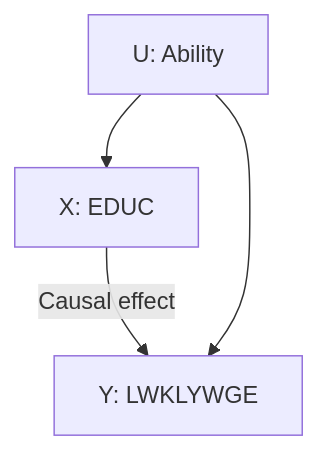
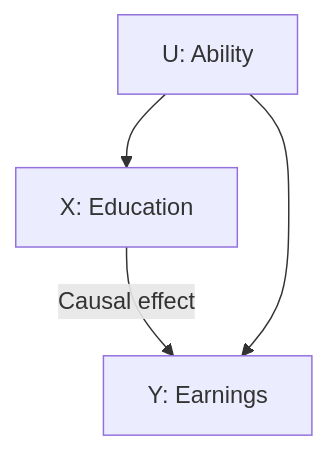
One commit to subhamk/talks changed the first of 3 diagrams in iv-intro.qmd. Above: the diagram before and after it, drawn with Mermaid. The commit also changed other lines of this file and 15 other files, not shown here.

````diff
--- a/iv-intro.qmd
+++ b/iv-intro.qmd
@@ -55,8 +54,8 @@
 ```{mermaid}
 %%| echo: false
 flowchart TD
-    X["X: EDUC"] -->|Causal effect| Y["Y: LWKLYWGE"]
+    X["X: Education"] -->|Causal effect| Y["Y: Earnings"]
     
     U["U: Ability"] --> X
     U --> Y
 ```
````
